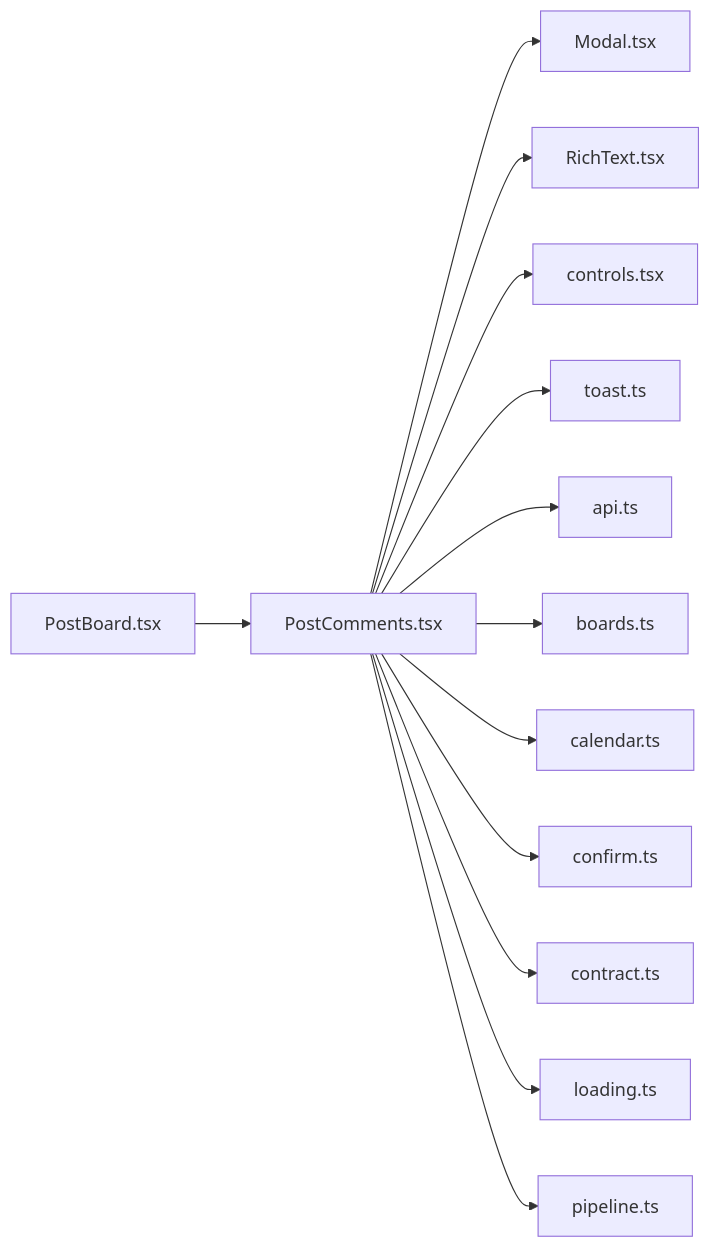
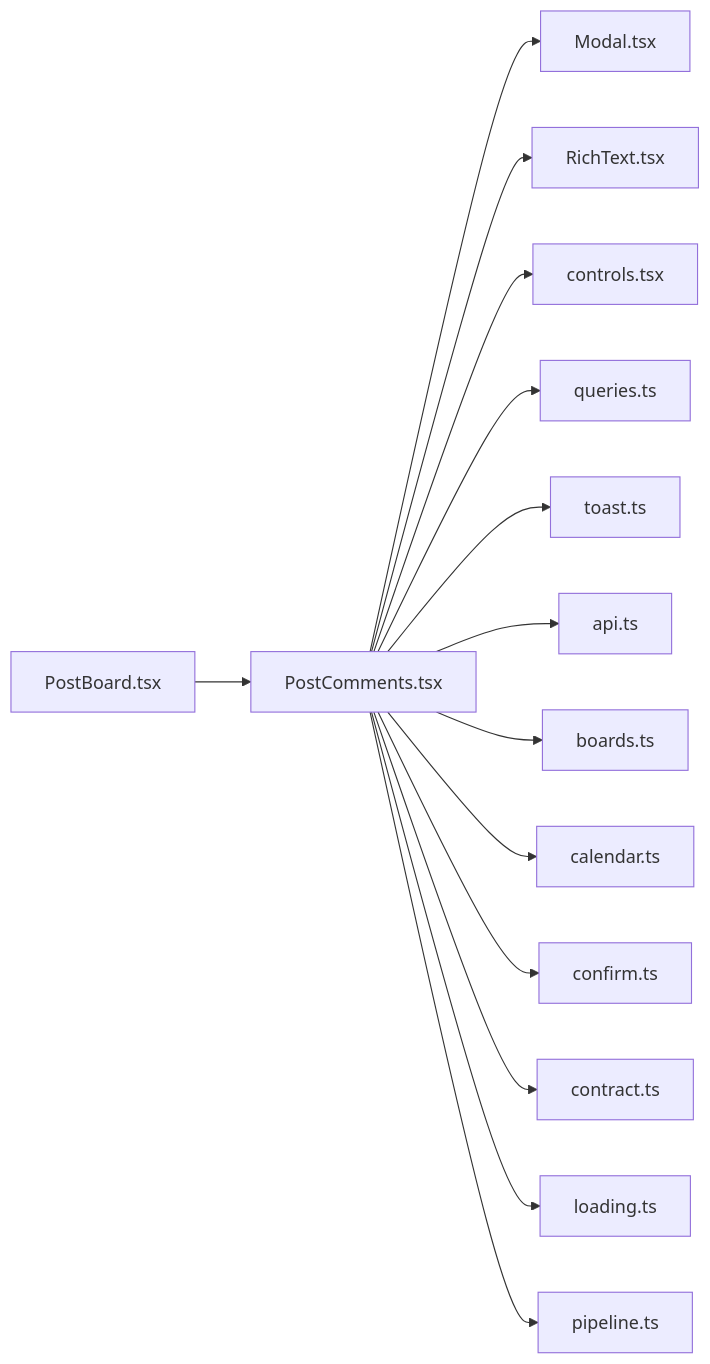
The diagram in .cluedoc/graph/frontend/src/components/PostComments.md (minkong-dev/Banblit), drawn with Mermaid before and after one commit. The commit also changed other lines of this file and 41 other files, not shown here.

First line of the commit message:
frontend: keep shared query keys and the team roster query in queries.ts

````diff
--- a/.cluedoc/graph/frontend/src/components/PostComments.md
+++ b/.cluedoc/graph/frontend/src/components/PostComments.md
@@ -10,16 +10,17 @@
 ```mermaid
 flowchart LR
   frontend_src_components_PostComments["PostComments.tsx"]
   frontend_src_components_PostComments --> frontend_src_components_Modal["Modal.tsx"]
   frontend_src_components_PostComments --> frontend_src_components_RichText["RichText.tsx"]
   frontend_src_components_PostComments --> frontend_src_components_controls["controls.tsx"]
+  frontend_src_components_PostComments --> frontend_src_components_queries["queries.ts"]
   frontend_src_components_PostComments --> frontend_src_components_toast["toast.ts"]
   frontend_src_components_PostComments --> frontend_src_lib_api["api.ts"]
   frontend_src_components_PostComments --> frontend_src_lib_boards["boards.ts"]
   frontend_src_components_PostComments --> frontend_src_lib_calendar["calendar.ts"]
   frontend_src_components_PostComments --> frontend_src_lib_confirm["confirm.ts"]
   frontend_src_components_PostComments --> frontend_src_lib_contract["contract.ts"]
   frontend_src_components_PostComments --> frontend_src_lib_loading["loading.ts"]
   frontend_src_components_PostComments --> frontend_src_lib_pipeline["pipeline.ts"]
   frontend_src_components_PostBoard["PostBoard.tsx"] --> frontend_src_components_PostComments
 ```
````
